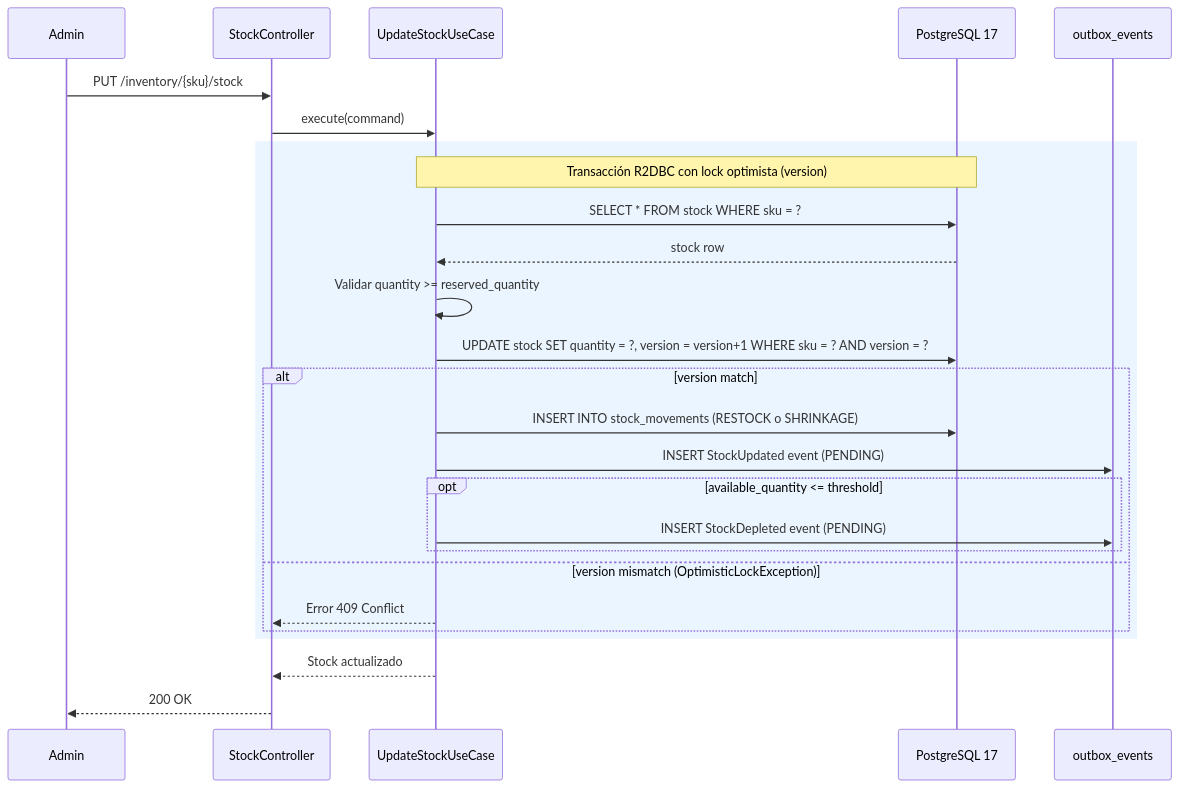
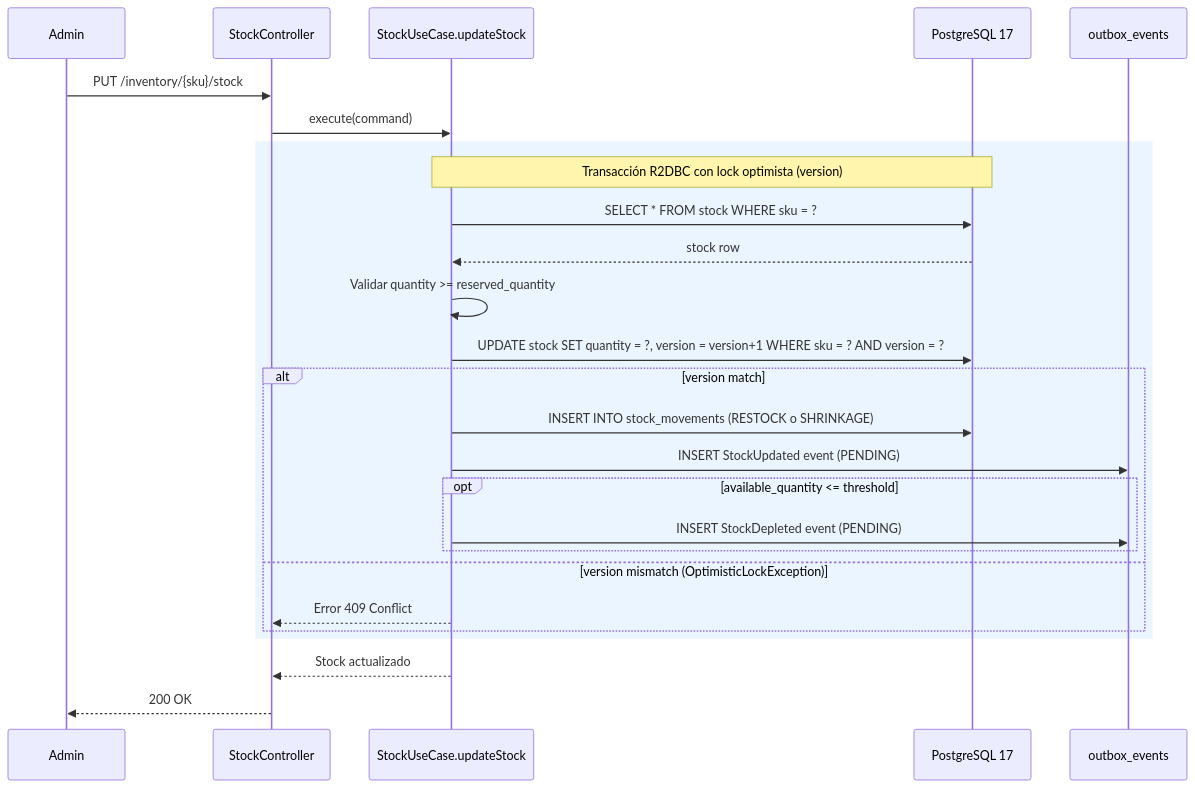
One commit to Saisho137/Arka changed the third of 6 diagrams in .kiro/specs/ms-inventory/design.md. Above: the diagram before and after it, drawn with Mermaid. The commit also changed other lines of this file and 10 other files, not shown here.

First line of the commit message:
feat(ms-inventory): implement domain use cases with consolidated architecture

````diff
--- a/.kiro/specs/ms-inventory/design.md
+++ b/.kiro/specs/ms-inventory/design.md
@@ -134,31 +126,31 @@
 ```mermaid
 sequenceDiagram
     participant Admin
     participant Controller as StockController
-    participant UseCase as UpdateStockUseCase
+    participant UseCase as StockUseCase.updateStock
     participant PG as PostgreSQL 17
     participant Outbox as outbox_events
 
     Admin->>Controller: PUT /inventory/{sku}/stock
     Controller->>UseCase: execute(command)
 
     rect rgb(235, 245, 255)
         Note over UseCase,PG: Transacción R2DBC con lock optimista (version)
         UseCase->>PG: SELECT * FROM stock WHERE sku = ?
         PG-->>UseCase: stock row
         UseCase->>UseCase: Validar quantity >= reserved_quantity
         UseCase->>PG: UPDATE stock SET quantity = ?, version = version+1 WHERE sku = ? AND version = ?
         alt version match
             UseCase->>PG: INSERT INTO stock_movements (RESTOCK o SHRINKAGE)
             UseCase->>Outbox: INSERT StockUpdated event (PENDING)
             opt available_quantity <= threshold
                 UseCase->>Outbox: INSERT StockDepleted event (PENDING)
             end
         else version mismatch (OptimisticLockException)
             UseCase-->>Controller: Error 409 Conflict
         end
     end
 
     UseCase-->>Controller: Stock actualizado
     Controller-->>Admin: 200 OK
 ```
````
